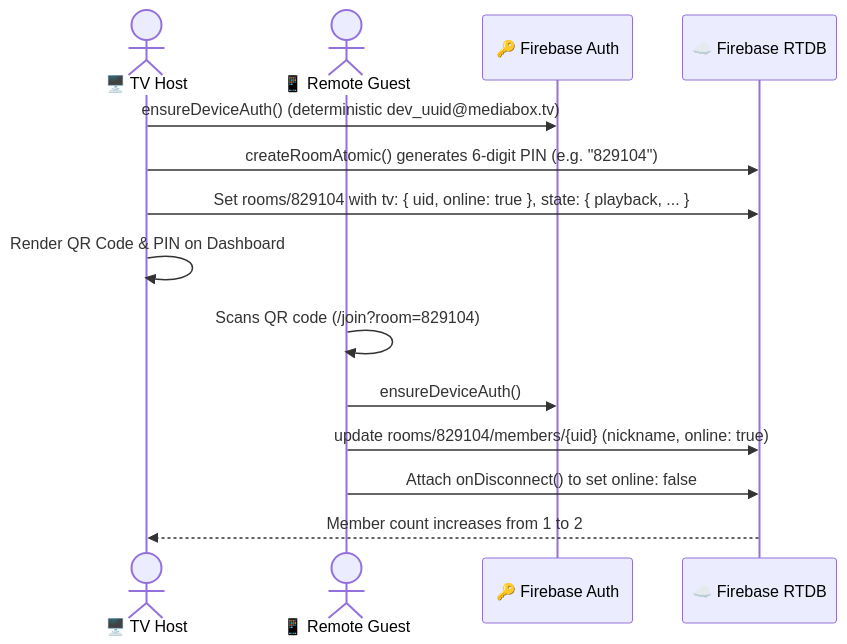
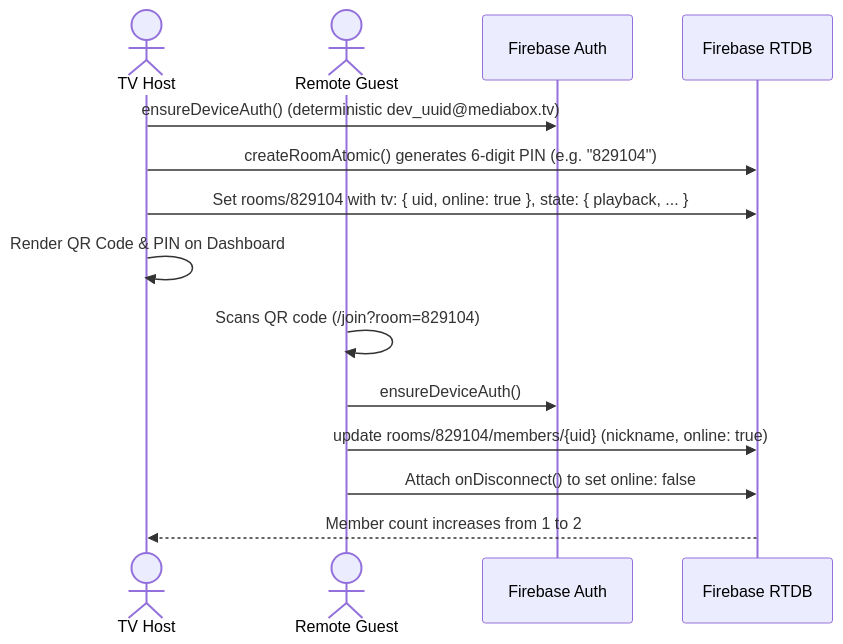
The second of 3 diagrams in docs/architecture-and-data-flow.md (BoredKevin/mediabox), drawn with Mermaid before and after one commit. The commit also changed other lines of this file and 7 other files, not shown here.

Commit message:
ocs: add comprehensive system architecture, protocols, and developer guides

````diff
--- a/docs/architecture-and-data-flow.md
+++ b/docs/architecture-and-data-flow.md
@@ -114,18 +114,18 @@
 ```mermaid
 sequenceDiagram
-    actor TV as 🖥️ TV Host
-    actor Guest as 📱 Remote Guest
-    participant Auth as 🔑 Firebase Auth
-    participant RTDB as ☁️ Firebase RTDB
+    actor TV as TV Host
+    actor Guest as Remote Guest
+    participant Auth as Firebase Auth
+    participant RTDB as Firebase RTDB
 
     TV->>Auth: ensureDeviceAuth() (deterministic dev_uuid@mediabox.tv)
     TV->>RTDB: createRoomAtomic() generates 6-digit PIN (e.g. "829104")
     TV->>RTDB: Set rooms/829104 with tv: { uid, online: true }, state: { playback, ... }
     TV->>TV: Render QR Code & PIN on Dashboard
 
     Guest->>Guest: Scans QR code (/join?room=829104)
     Guest->>Auth: ensureDeviceAuth()
     Guest->>RTDB: update rooms/829104/members/{uid} (nickname, online: true)
     Guest->>RTDB: Attach onDisconnect() to set online: false
     RTDB-->>TV: Member count increases from 1 to 2
 ```
````
